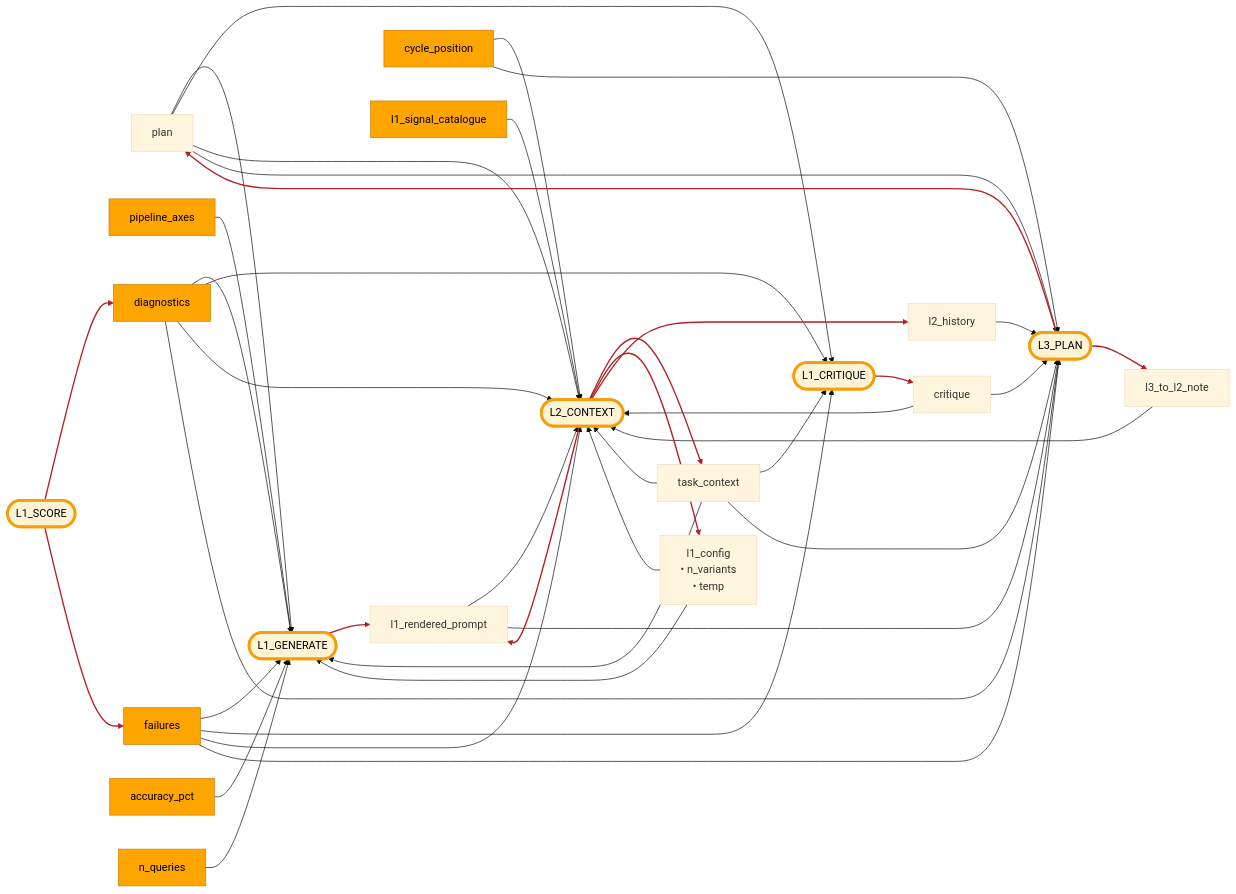
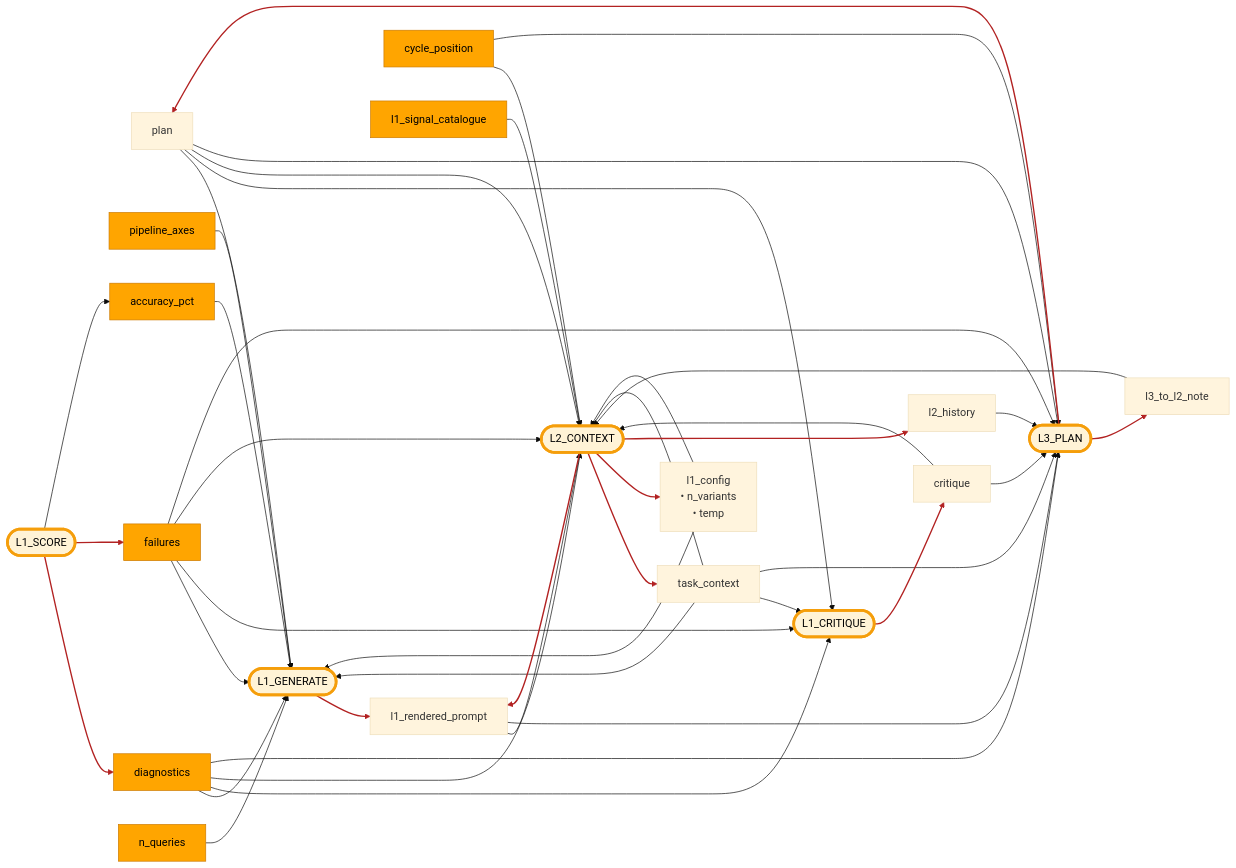
Before and after one commit to PromptPotter/prompt-potter-optimizer: the diagram in docs/developer/dispatch-hub.md, drawn with Mermaid (base theme). The commit also changed other lines of this file and 20 other files, not shown here.

````diff
--- a/docs/developer/dispatch-hub.md
+++ b/docs/developer/dispatch-hub.md
@@ -93,6 +93,9 @@
   L1S --> DIAG
   L1S --> FAIL
 
+  %% L1_SCORE derivation — accuracy_pct (one-way, not loop-closing; normal color)
+  L1S --> AP
+
   %% Red styling for the 10 feedback edges (edges 30..39)
   linkStyle 30,31,32,33,34,35,36,37,38,39 stroke:#B22222,stroke-width:2px
 ```
````
